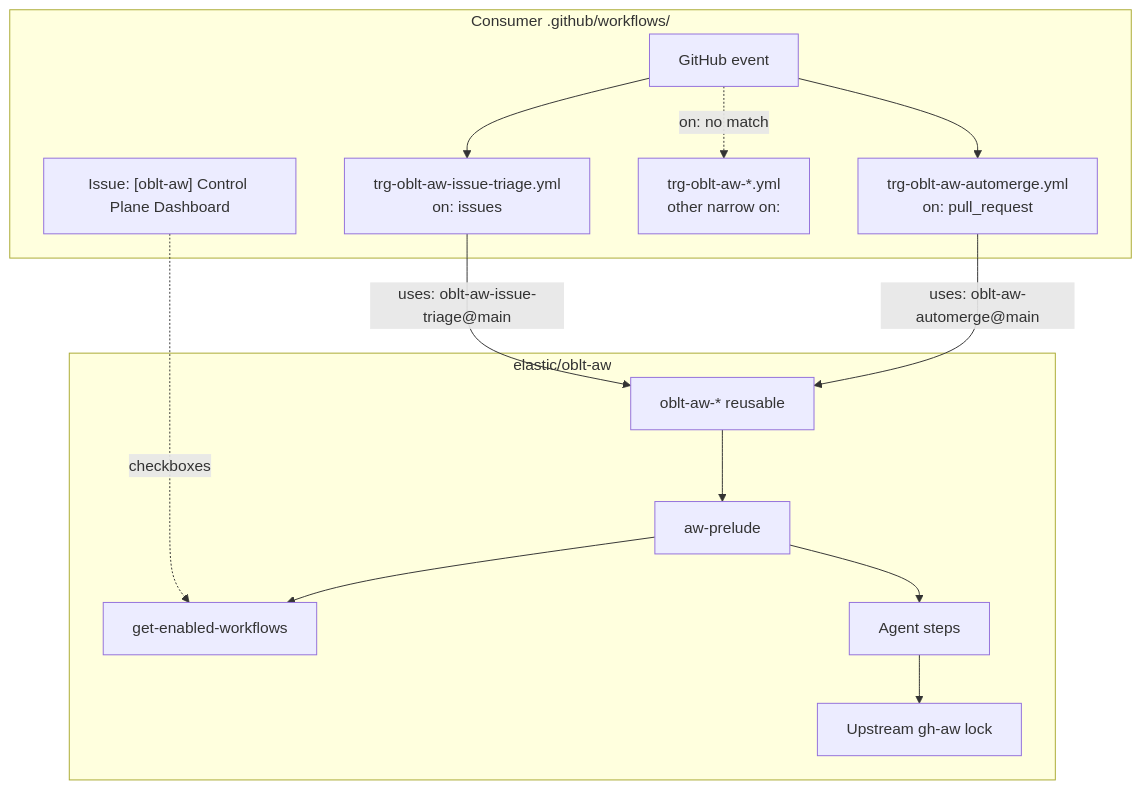
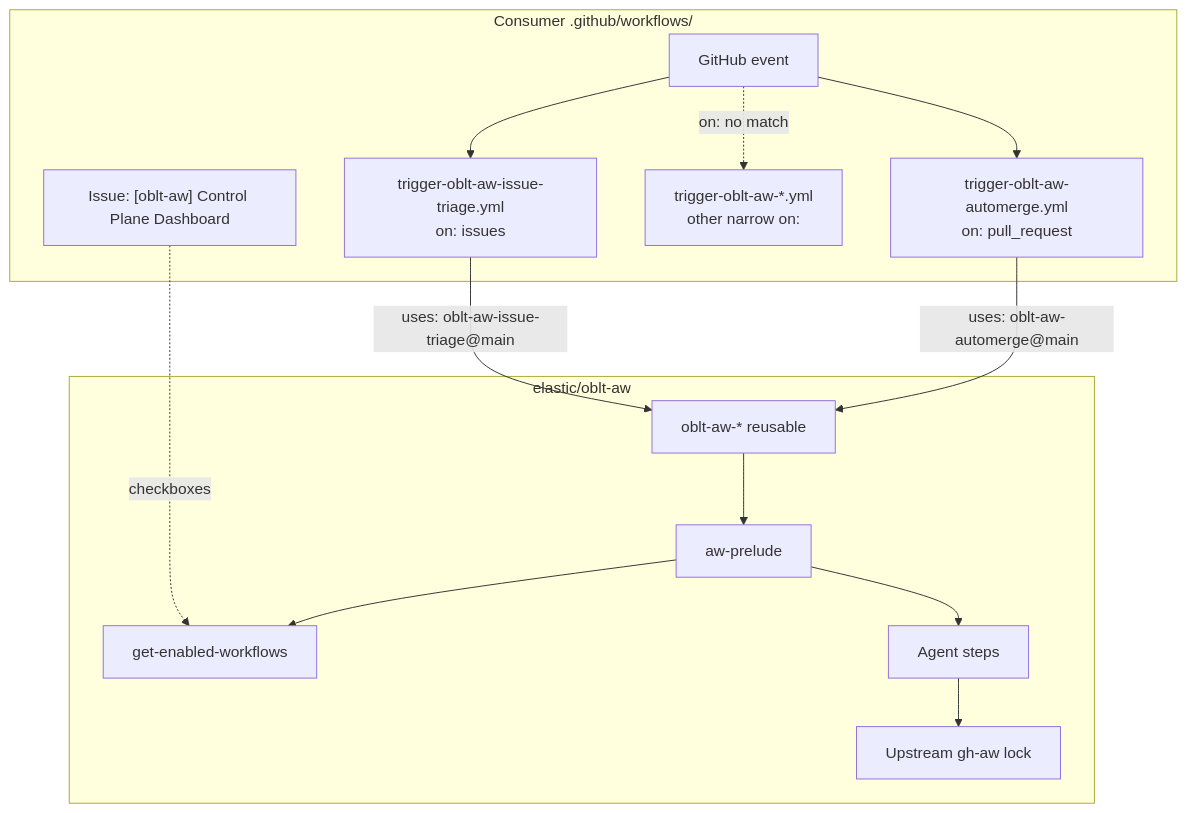
One commit to elastic/oblt-aw changed the diagram in docs/workflows/oblt-aw-client-template.md. Above: the diagram before and after it, drawn with Mermaid. The commit also changed other lines of this file and 67 other files, not shown here.

First line of the commit message:
refactor(templates): rename trg- client workflows to trigger-

````diff
--- a/docs/workflows/oblt-aw-client-template.md
+++ b/docs/workflows/oblt-aw-client-template.md
@@ -21,27 +21,27 @@
 ```mermaid
 flowchart TB
   subgraph Consumer["Consumer .github/workflows/"]
     EVT["GitHub event"]
-    C_AUTO["trg-oblt-aw-automerge.yml\non: pull_request"]
-    C_TRI["trg-oblt-aw-issue-triage.yml\non: issues"]
-    C_OTHER["trg-oblt-aw-*.yml\nother narrow on:"]
+    C_AUTO["trigger-oblt-aw-automerge.yml\non: pull_request"]
+    C_TRI["trigger-oblt-aw-issue-triage.yml\non: issues"]
+    C_OTHER["trigger-oblt-aw-*.yml\nother narrow on:"]
     DASH["Issue: [oblt-aw] Control Plane Dashboard"]
     EVT --> C_AUTO
     EVT --> C_TRI
     EVT -.->|on: no match| C_OTHER
   end
 
   subgraph OBLT["elastic/oblt-aw"]
     R["oblt-aw-* reusable"]
     PRE["aw-prelude"]
     GET["get-enabled-workflows"]
     AG["Agent steps"]
     LOCK["Upstream gh-aw lock"]
     R --> PRE --> GET
     PRE --> AG --> LOCK
   end
 
   DASH -.->|checkboxes| GET
   C_AUTO -->|uses: oblt-aw-automerge@main| R
   C_TRI -->|uses: oblt-aw-issue-triage@main| R
 ```
````
